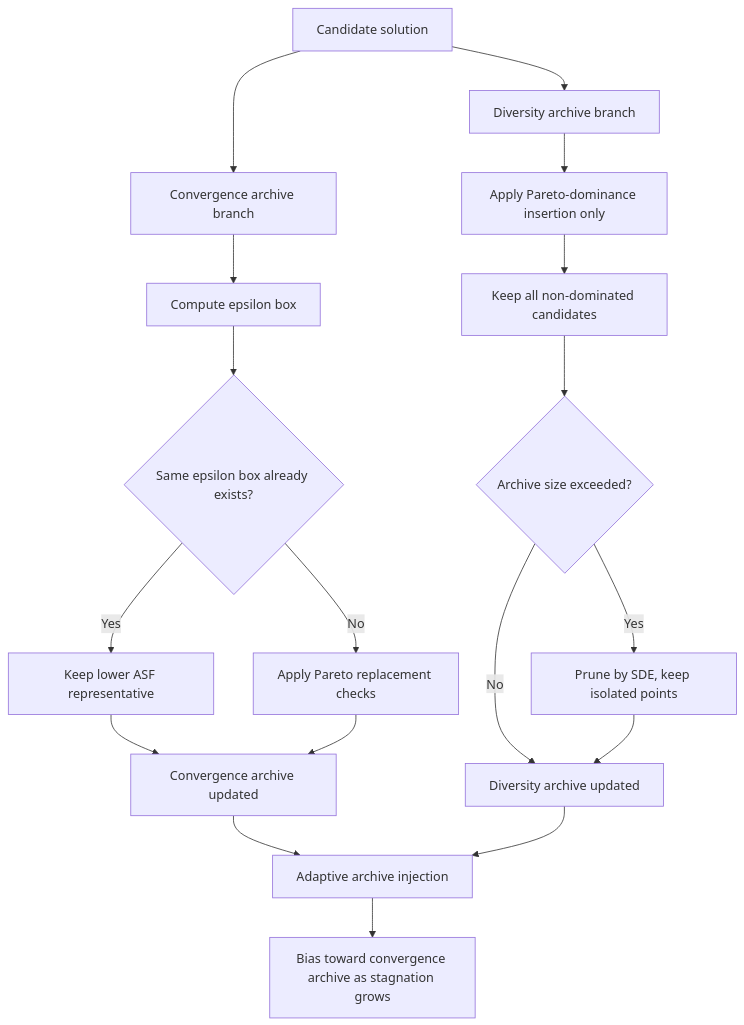
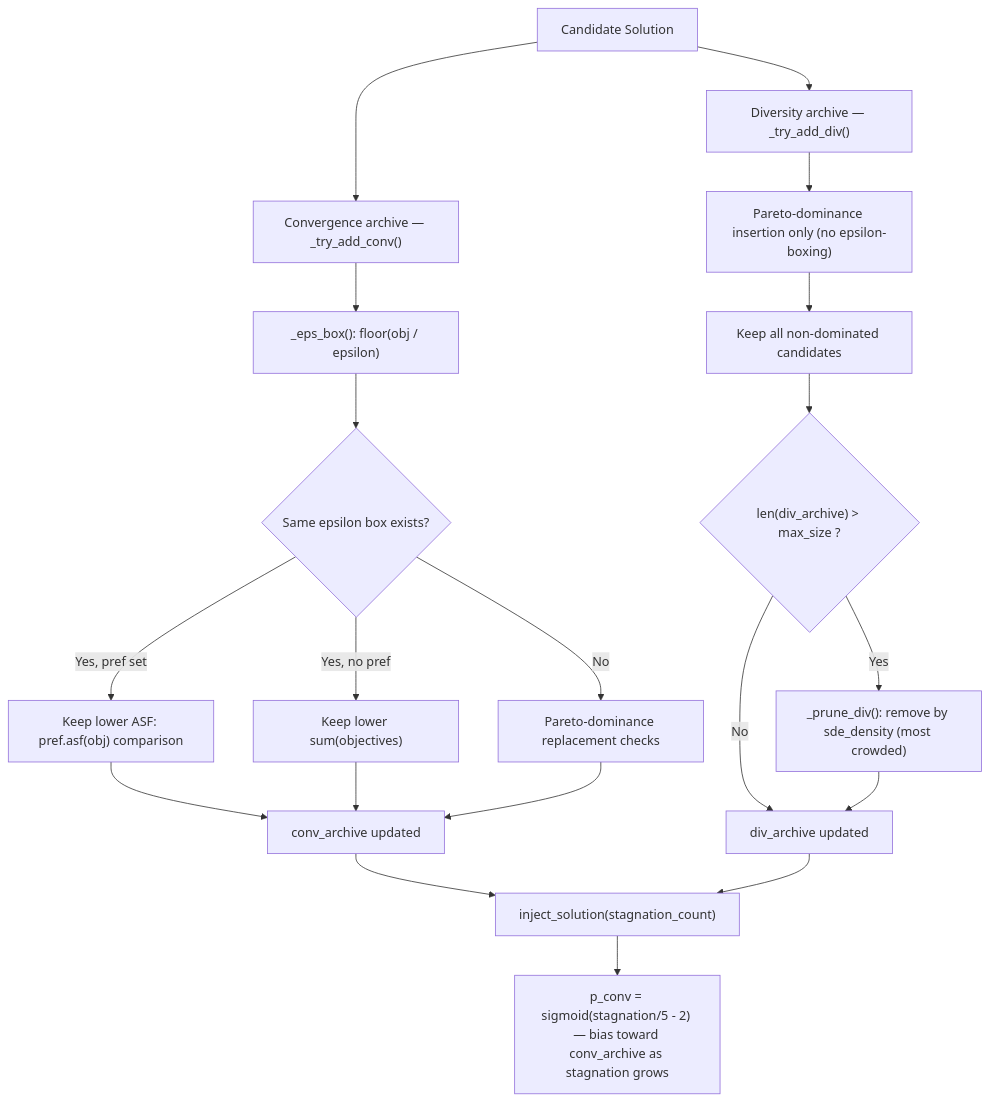
One commit to nmhieu981/vrptw-for-pisso changed the sixth of 8 diagrams in q1_diagrams_mermaid.md. Above: the diagram before and after it, drawn with Mermaid. The commit also changed other lines of this file, not shown here.

````diff
--- a/q1_diagrams_mermaid.md
+++ b/q1_diagrams_mermaid.md
@@ -132,23 +246,25 @@
 ```mermaid
 flowchart TB
-    A["Candidate solution"] --> B["Convergence archive branch"]
-    A --> C["Diversity archive branch"]
+    A["Candidate Solution"] --> B["Convergence archive — _try_add_conv()"]
+    A --> C["Diversity archive — _try_add_div()"]
 
-    B --> B1["Compute epsilon box"]
-    B1 --> B2{"Same epsilon box already exists?"}
-    B2 -- "Yes" --> B3["Keep lower ASF representative"]
-    B2 -- "No" --> B4["Apply Pareto replacement checks"]
-    B3 --> B5["Convergence archive updated"]
+    B --> B1["_eps_box(): floor(obj / epsilon)"]
+    B1 --> B2{"Same epsilon box exists?"}
+    B2 -- "Yes, pref set" --> B3["Keep lower ASF: pref.asf(obj) comparison"]
+    B2 -- "Yes, no pref" --> B3b["Keep lower sum(objectives)"]
+    B2 -- "No" --> B4["Pareto-dominance replacement checks"]
+    B3 --> B5["conv_archive updated"]
+    B3b --> B5
     B4 --> B5
 
-    C --> C1["Apply Pareto-dominance insertion only"]
+    C --> C1["Pareto-dominance insertion only (no epsilon-boxing)"]
     C1 --> C2["Keep all non-dominated candidates"]
-    C2 --> C3{"Archive size exceeded?"}
-    C3 -- "Yes" --> C4["Prune by SDE, keep isolated points"]
-    C3 -- "No" --> C5["Diversity archive updated"]
+    C2 --> C3{"len(div_archive) > max_size ?"}
+    C3 -- "Yes" --> C4["_prune_div(): remove by sde_density (most crowded)"]
+    C3 -- "No" --> C5["div_archive updated"]
     C4 --> C5
 
-    B5 --> D["Adaptive archive injection"]
+    B5 --> D["inject_solution(stagnation_count)"]
     C5 --> D
-    D --> E["Bias toward convergence archive as stagnation grows"]
+    D --> E["p_conv = sigmoid(stagnation/5 - 2) — bias toward conv_archive as stagnation grows"]
 ```
````
